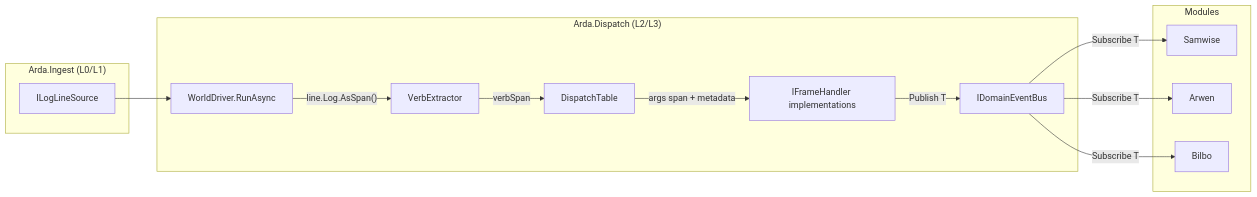
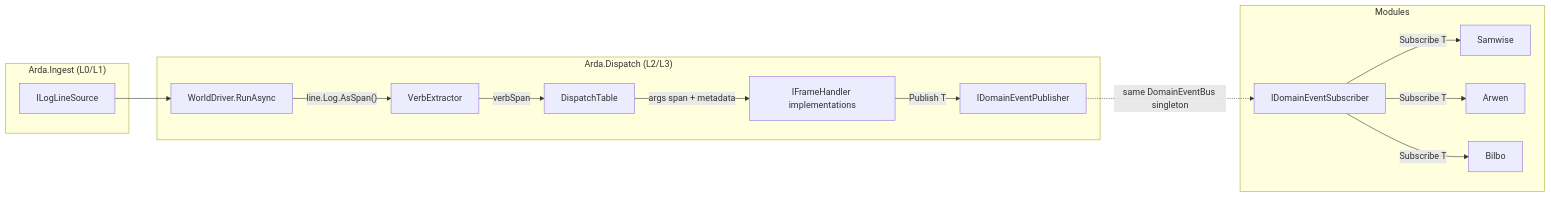
The first of 2 diagrams in docs/design/arda/l3-dispatch.md (arthur-conde/project-gorgon), drawn with Mermaid before and after one commit. The commit also changed other lines of this file and 43 other files, not shown here.

First line of the commit message:
refactor(arda): narrow composer ctors to pub/sub halves; relocate IDomainEventBus internal (#814)

````diff
--- a/docs/design/arda/l3-dispatch.md
+++ b/docs/design/arda/l3-dispatch.md
@@ -88,18 +99,19 @@
 ```mermaid
 flowchart LR
     subgraph ArdaIngest ["Arda.Ingest (L0/L1)"]
         Source["ILogLineSource"]
     end
     subgraph ArdaDispatch ["Arda.Dispatch (L2/L3)"]
         Driver["WorldDriver.RunAsync"] -->|"line.Log.AsSpan()"| Extractor["VerbExtractor"]
         Extractor -->|"verbSpan"| Table["DispatchTable"]
         Table -->|"args span + metadata"| Handlers["IFrameHandler implementations"]
-        Handlers -->|"Publish T"| Bus["IDomainEventBus"]
+        Handlers -->|"Publish T"| Bus["IDomainEventPublisher"]
     end
     subgraph ModuleConsumers ["Modules"]
-        Bus -->|"Subscribe T"| Samwise["Samwise"]
-        Bus -->|"Subscribe T"| Arwen["Arwen"]
-        Bus -->|"Subscribe T"| Bilbo["Bilbo"]
+        Sub["IDomainEventSubscriber"] -->|"Subscribe T"| Samwise["Samwise"]
+        Sub -->|"Subscribe T"| Arwen["Arwen"]
+        Sub -->|"Subscribe T"| Bilbo["Bilbo"]
     end
+    Bus -.->|"same DomainEventBus singleton"| Sub
     Source --> Driver
 ```
````
